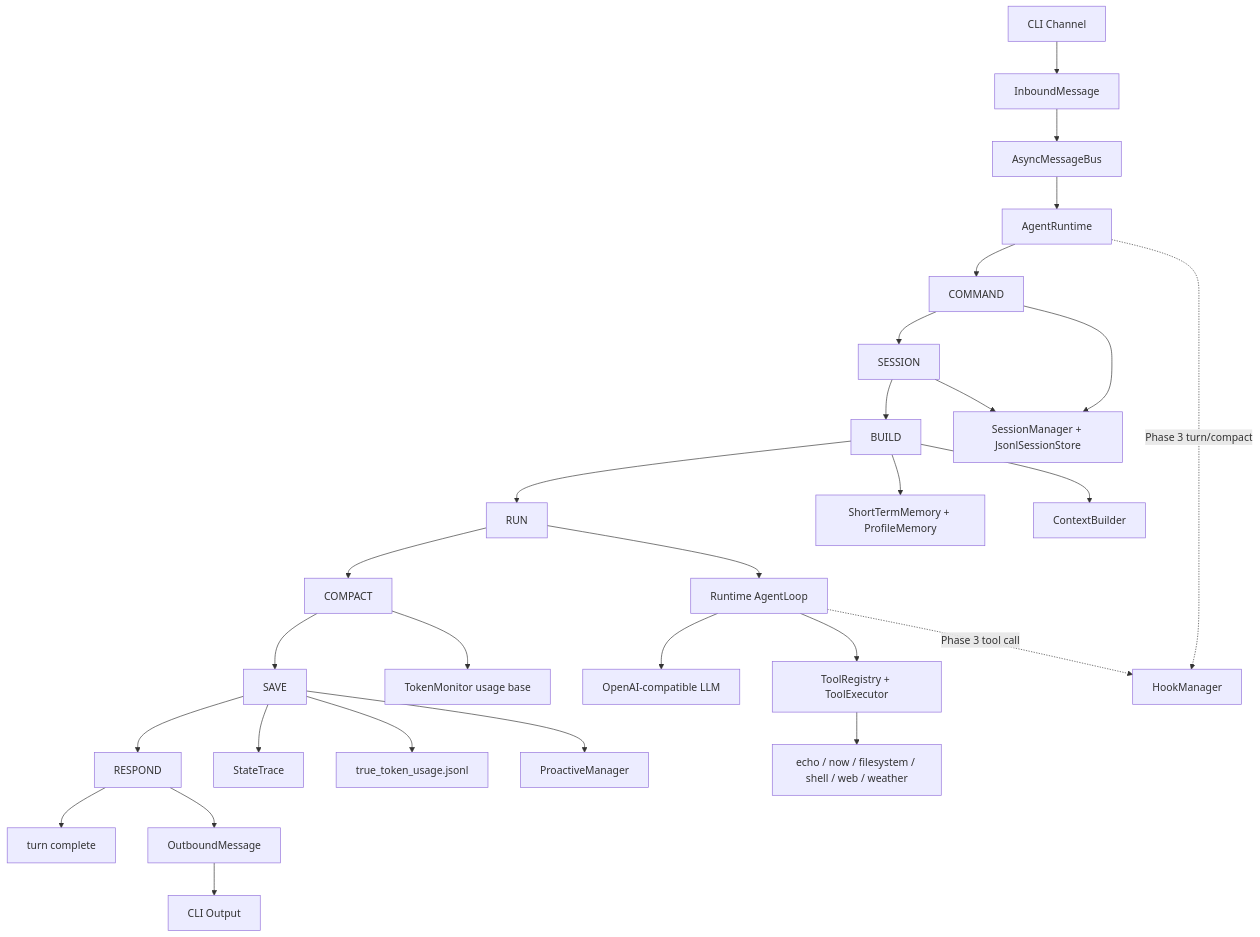
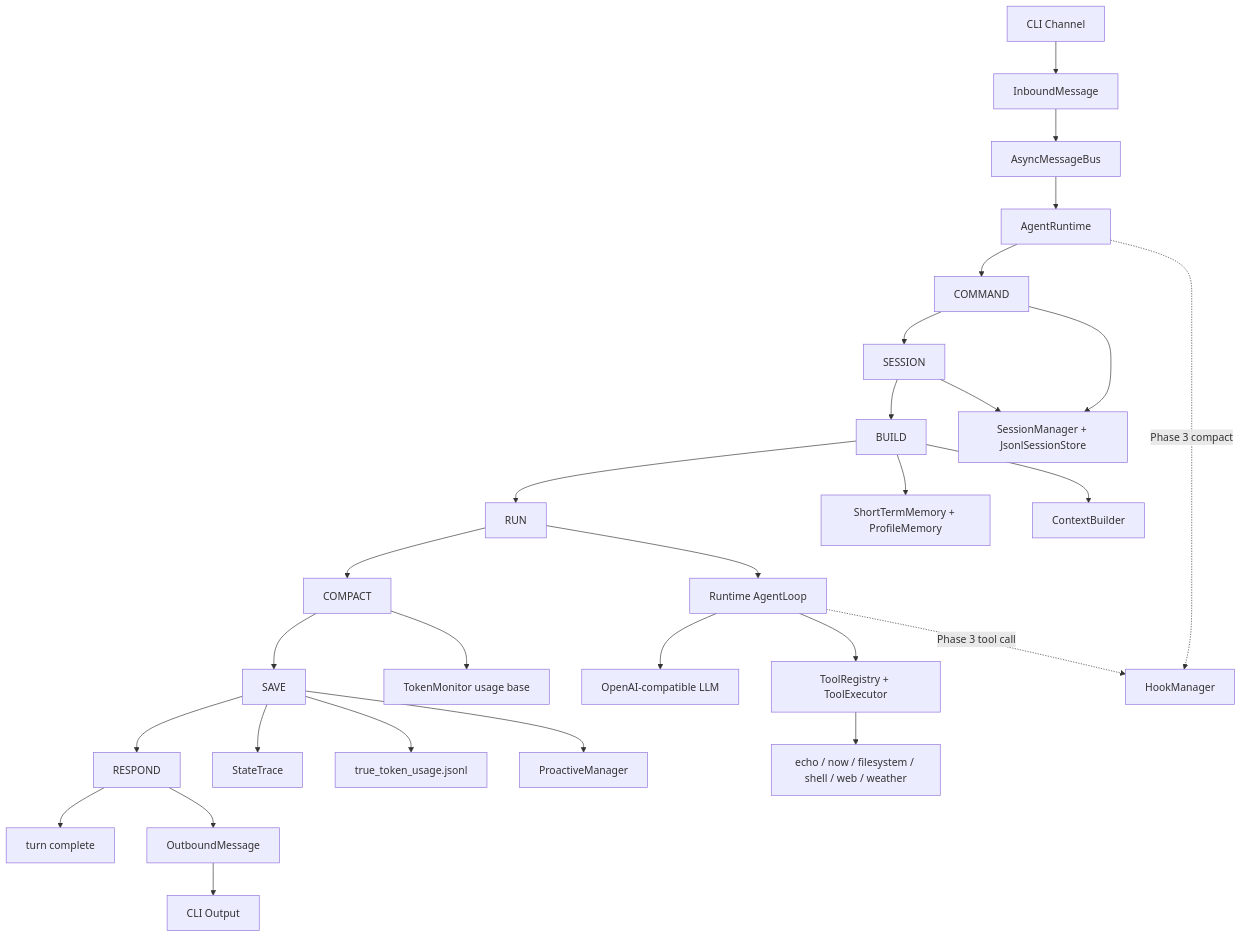
Before and after one commit to neystan/Turning-Good-Agent: the diagram in README.md, drawn with Mermaid. The commit also changed other lines of this file and 18 other files, not shown here.

````diff
--- a/README.md
+++ b/README.md
@@ -81,36 +81,36 @@
 ```mermaid
 flowchart TD
     CLI[CLI Channel] --> Inbound[InboundMessage]
     Inbound --> Bus[AsyncMessageBus]
     Bus --> Runtime[AgentRuntime]
 
     Runtime --> Command[COMMAND]
     Command --> Session[SESSION]
     Session --> Build[BUILD]
     Build --> Run[RUN]
     Run --> Compact[COMPACT]
     Compact --> Save[SAVE]
     Save --> Respond[RESPOND]
     Respond --> End[turn complete]
 
     Command --> SessionStore[SessionManager + JsonlSessionStore]
     Session --> SessionStore
     Build --> Memory[ShortTermMemory + ProfileMemory]
     Build --> Context[ContextBuilder]
 
     Run --> AgentLoop[Runtime AgentLoop]
     AgentLoop --> LLM[OpenAI-compatible LLM]
     AgentLoop --> Tools[ToolRegistry + ToolExecutor]
     Tools --> Builtins[echo / now / filesystem / shell / web / weather]
 
-    Runtime -. Phase 3 turn/compact .-> Hooks[HookManager]
+    Runtime -. Phase 3 compact .-> Hooks[HookManager]
     AgentLoop -. Phase 3 tool call .-> Hooks
 
     Compact --> Token[TokenMonitor usage base]
     Save --> Trace[StateTrace]
     Save --> TokenUsage[true_token_usage.jsonl]
     Save --> Proactive[ProactiveManager]
 
     Respond --> Outbound[OutboundMessage]
     Outbound --> CLIOut[CLI Output]
 ```
````
